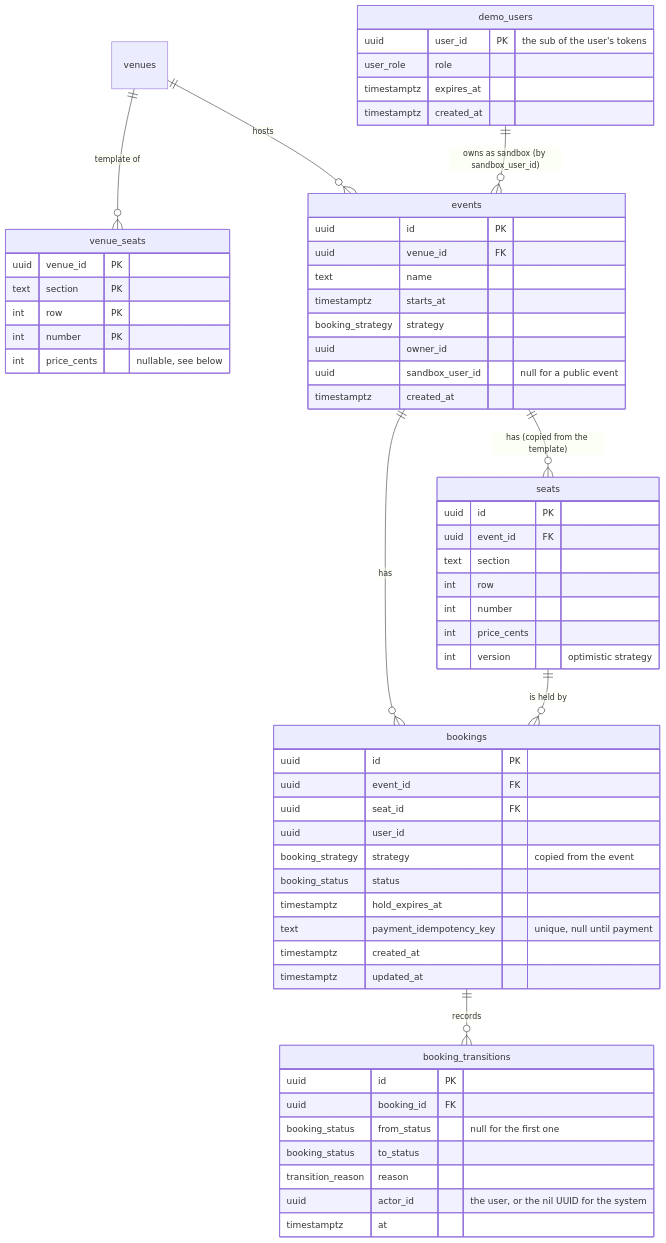
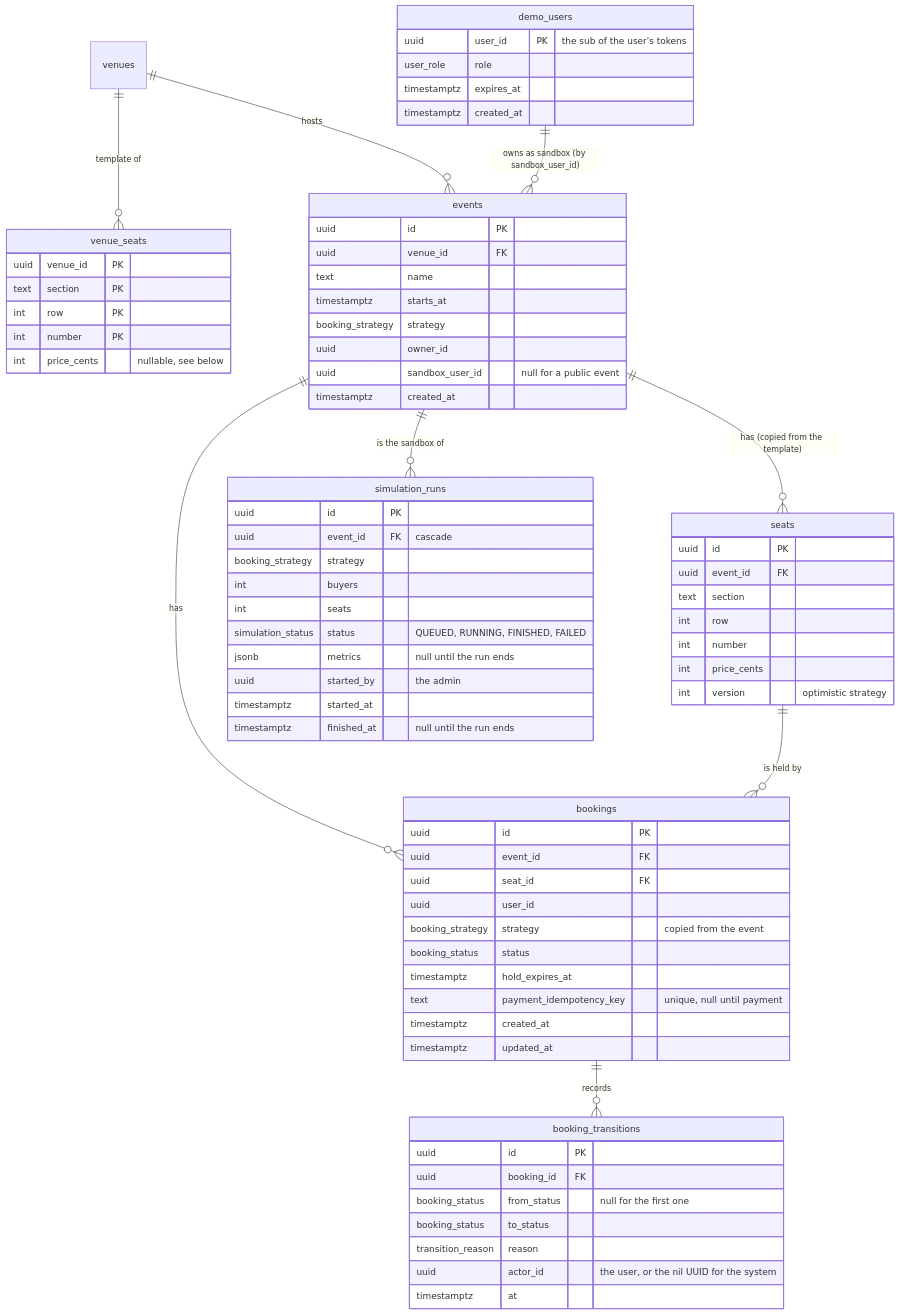
Before and after one commit to oguzbits/ticketmaster: the first of 2 diagrams in docs/data-model.md, drawn with Mermaid. The commit also changed other lines of this file and 5 other files, not shown here.

First line of the commit message:
feat(db): simulation runs [braucht Live-Migration]

````diff
--- a/docs/data-model.md
+++ b/docs/data-model.md
@@ -10,64 +10,77 @@
 ```mermaid
 erDiagram
     venues ||--o{ venue_seats : "template of"
     venues ||--o{ events : "hosts"
     events ||--o{ seats : "has (copied from the template)"
     events ||--o{ bookings : "has"
+    events ||--o{ simulation_runs : "is the sandbox of"
     seats ||--o{ bookings : "is held by"
     bookings ||--o{ booking_transitions : "records"
     demo_users ||--o{ events : "owns as sandbox (by sandbox_user_id)"
 
     venue_seats {
         uuid venue_id PK
         text section PK
         int row PK
         int number PK
         int price_cents "nullable, see below"
     }
     events {
         uuid id PK
         uuid venue_id FK
         text name
         timestamptz starts_at
         booking_strategy strategy
         uuid owner_id
         uuid sandbox_user_id "null for a public event"
         timestamptz created_at
     }
     seats {
         uuid id PK
         uuid event_id FK
         text section
         int row
         int number
         int price_cents
         int version "optimistic strategy"
     }
     bookings {
         uuid id PK
         uuid event_id FK
         uuid seat_id FK
         uuid user_id
         booking_strategy strategy "copied from the event"
         booking_status status
         timestamptz hold_expires_at
         text payment_idempotency_key "unique, null until payment"
         timestamptz created_at
         timestamptz updated_at
     }
     demo_users {
         uuid user_id PK "the sub of the user's tokens"
         user_role role
         timestamptz expires_at
         timestamptz created_at
     }
+    simulation_runs {
+        uuid id PK
+        uuid event_id FK "cascade"
+        booking_strategy strategy
+        int buyers
+        int seats
+        simulation_status status "QUEUED, RUNNING, FINISHED, FAILED"
+        jsonb metrics "null until the run ends"
+        uuid started_by "the admin"
+        timestamptz started_at
+        timestamptz finished_at "null until the run ends"
+    }
     booking_transitions {
         uuid id PK
         uuid booking_id FK
         booking_status from_status "null for the first one"
         booking_status to_status
         transition_reason reason
         uuid actor_id "the user, or the nil UUID for the system"
         timestamptz at
     }
 ```
````
